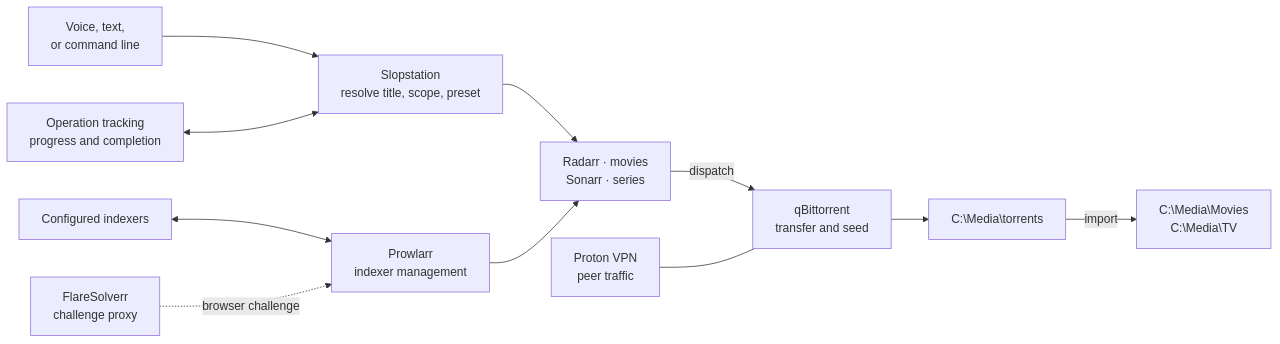
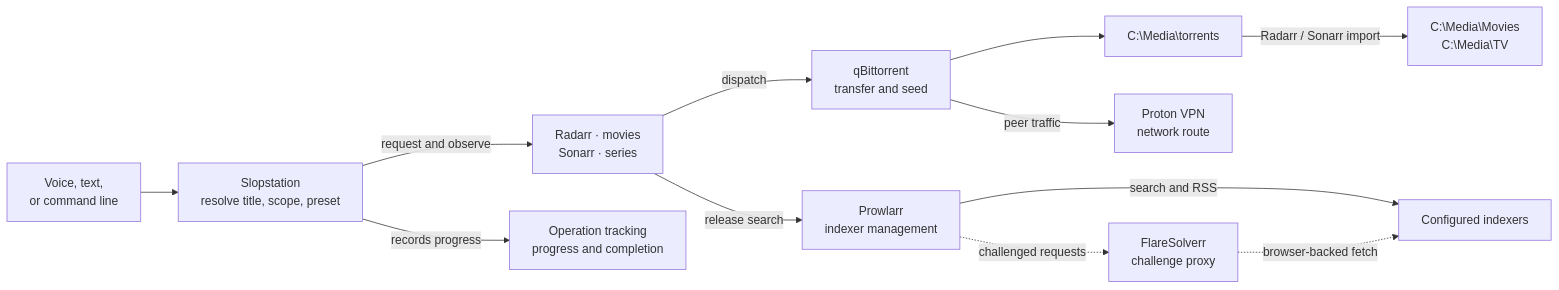
One commit to trillville/slopstation changed the diagram in k15/media/README.md. Above: the diagram before and after it, drawn with Mermaid.

Commit message:
docs: correct media architecture flow

````diff
--- a/k15/media/README.md
+++ b/k15/media/README.md
@@ -9,14 +9,15 @@
 ```mermaid
 flowchart LR
     request[Voice, text,<br/>or command line] --> slop[Slopstation<br/>resolve title, scope, preset]
-    slop --> managers[Radarr · movies<br/>Sonarr · series]
+    slop -->|request and observe| managers[Radarr · movies<br/>Sonarr · series]
     managers -->|dispatch| qbit[qBittorrent<br/>transfer and seed]
     qbit --> torrents[C:\Media\torrents]
-    torrents -->|import| libraries[C:\Media\Movies<br/>C:\Media\TV]
+    torrents -->|Radarr / Sonarr import| libraries[C:\Media\Movies<br/>C:\Media\TV]
 
-    ops[Operation tracking<br/>progress and completion] <--> slop
-    indexers[Configured indexers] <--> prowlarr[Prowlarr<br/>indexer management]
-    flaresolverr[FlareSolverr<br/>challenge proxy] -. browser challenge .-> prowlarr
-    prowlarr --> managers
-    proton[Proton VPN<br/>peer traffic] --- qbit
+    slop -->|records progress| ops[Operation tracking<br/>progress and completion]
+    managers -->|release search| prowlarr[Prowlarr<br/>indexer management]
+    prowlarr -->|search and RSS| indexers[Configured indexers]
+    prowlarr -. challenged requests .-> flaresolverr[FlareSolverr<br/>challenge proxy]
+    flaresolverr -. browser-backed fetch .-> indexers
+    qbit -->|peer traffic| proton[Proton VPN<br/>network route]
 ```
````
